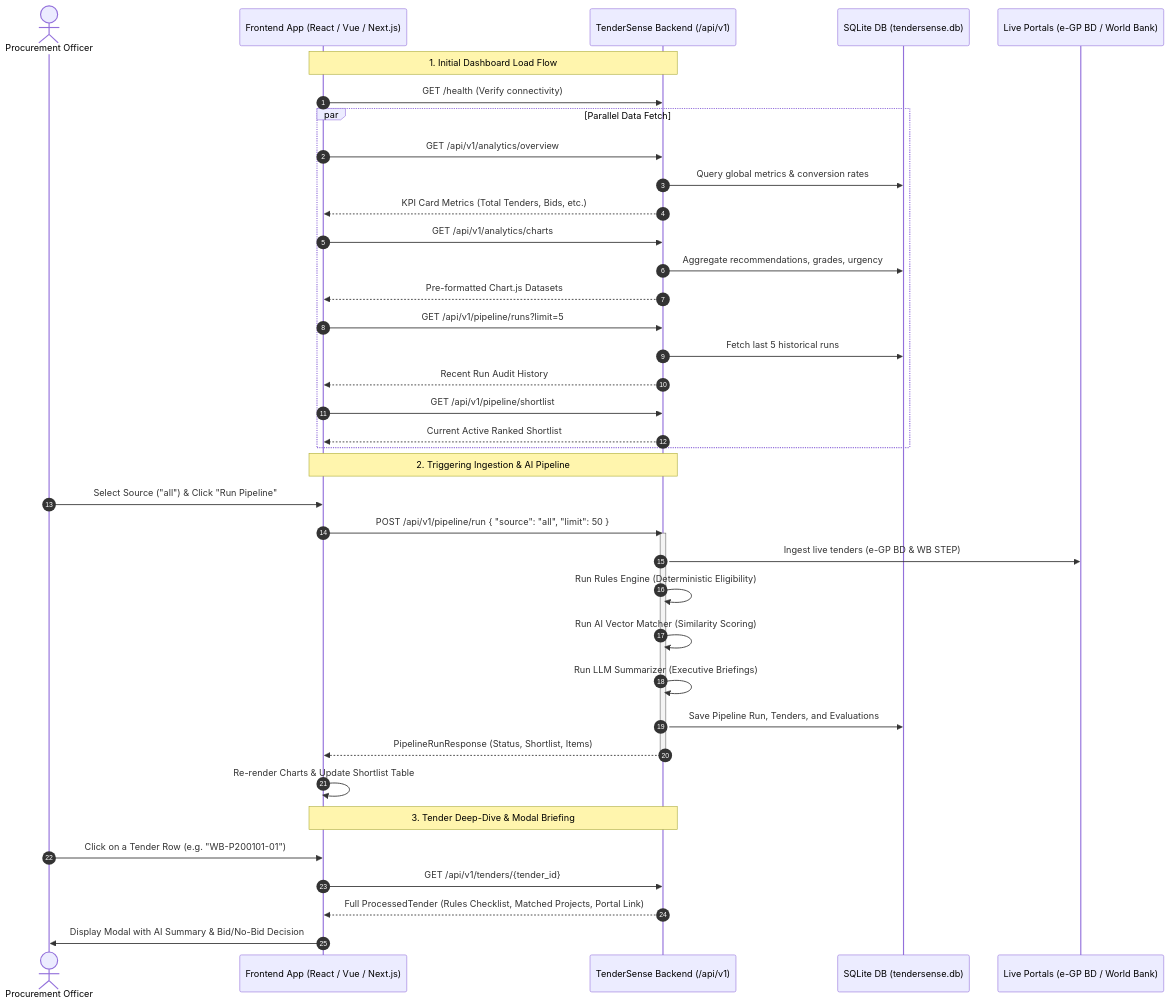
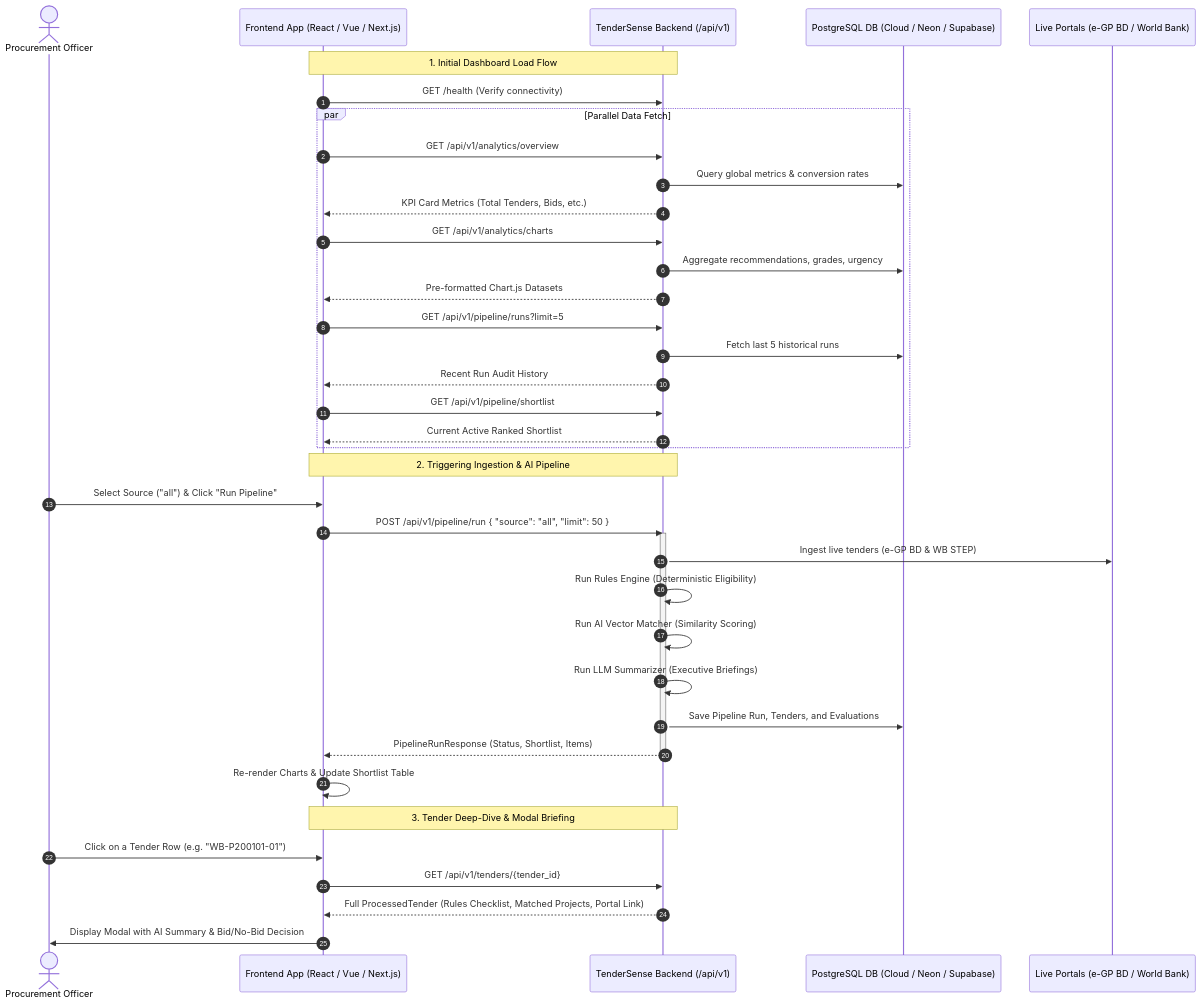
Before and after one commit to SajibBarua-art/TenderSense: the diagram in FRONTEND_API_GUIDE.md, drawn with Mermaid. The commit also changed other lines of this file and 8 other files, not shown here.

Commit message:
feat(db): completely migrate from SQLite to PostgreSQL across all configs, session, dashboard, and tests

````diff
--- a/FRONTEND_API_GUIDE.md
+++ b/FRONTEND_API_GUIDE.md
@@ -9,47 +9,47 @@
 ```mermaid
 sequenceDiagram
     autonumber
     actor User as Procurement Officer
     participant FE as Frontend App (React / Vue / Next.js)
     participant API as TenderSense Backend (/api/v1)
-    participant DB as SQLite DB (tendersense.db)
+    participant DB as PostgreSQL DB (Cloud / Neon / Supabase)
     participant Ext as Live Portals (e-GP BD / World Bank)
 
     Note over FE, API: 1. Initial Dashboard Load Flow
     FE->>API: GET /health (Verify connectivity)
     par Parallel Data Fetch
         FE->>API: GET /api/v1/analytics/overview
         API->>DB: Query global metrics & conversion rates
         API-->>FE: KPI Card Metrics (Total Tenders, Bids, etc.)
         
         FE->>API: GET /api/v1/analytics/charts
         API->>DB: Aggregate recommendations, grades, urgency
         API-->>FE: Pre-formatted Chart.js Datasets
         
         FE->>API: GET /api/v1/pipeline/runs?limit=5
         API->>DB: Fetch last 5 historical runs
         API-->>FE: Recent Run Audit History
         
         FE->>API: GET /api/v1/pipeline/shortlist
         API-->>FE: Current Active Ranked Shortlist
     end
 
     Note over FE, API: 2. Triggering Ingestion & AI Pipeline
     User->>FE: Select Source ("all") & Click "Run Pipeline"
     FE->>API: POST /api/v1/pipeline/run { "source": "all", "limit": 50 }
     activate API
     API->>Ext: Ingest live tenders (e-GP BD & WB STEP)
     API->>API: Run Rules Engine (Deterministic Eligibility)
     API->>API: Run AI Vector Matcher (Similarity Scoring)
     API->>API: Run LLM Summarizer (Executive Briefings)
     API->>DB: Save Pipeline Run, Tenders, and Evaluations
     API-->>FE: PipelineRunResponse (Status, Shortlist, Items)
     deactivate API
     FE->>FE: Re-render Charts & Update Shortlist Table
 
     Note over FE, API: 3. Tender Deep-Dive & Modal Briefing
     User->>FE: Click on a Tender Row (e.g. "WB-P200101-01")
     FE->>API: GET /api/v1/tenders/{tender_id}
     API-->>FE: Full ProcessedTender (Rules Checklist, Matched Projects, Portal Link)
     FE->>User: Display Modal with AI Summary & Bid/No-Bid Decision
 ```
````
